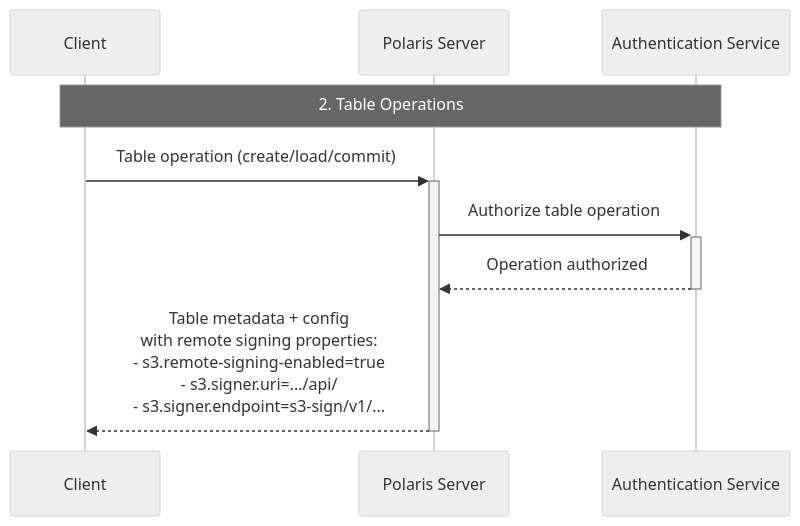
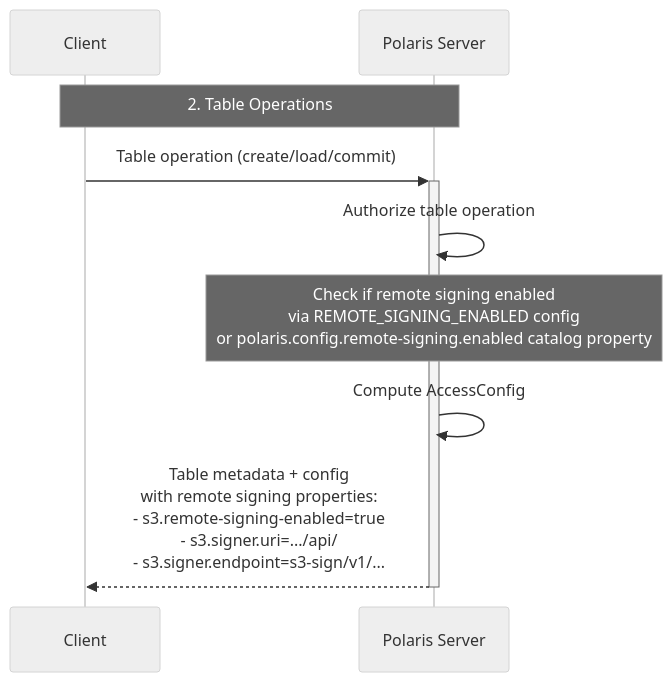
One commit to adutra/polaris changed the second of 4 diagrams in s3-remote-signing-sequence-diagram.md. Above: the diagram before and after it, drawn with Mermaid (neutral theme). The commit also changed other lines of this file, not shown here.

Commit message:
sequence diagram

````diff
--- a/s3-remote-signing-sequence-diagram.md
+++ b/s3-remote-signing-sequence-diagram.md
@@ -53,13 +50,16 @@
 ```mermaid
 sequenceDiagram
     participant Client
     participant PolarisServer as Polaris Server
-    participant AuthService as Authentication Service
 
-    Note over Client, AuthService: 2. Table Operations
+    Note over Client, PolarisServer: 2. Table Operations
     Client->>+PolarisServer: Table operation (create/load/commit)
-    PolarisServer->>+AuthService: Authorize table operation
-    AuthService-->>-PolarisServer: Operation authorized
+    PolarisServer->>PolarisServer: Authorize table operation
+
+    Note over PolarisServer: Check if remote signing enabled<br/>via REMOTE_SIGNING_ENABLED config<br/>or polaris.config.remote-signing.enabled catalog property
+
+    PolarisServer->>PolarisServer: Compute AccessConfig
+    
     PolarisServer-->>-Client: Table metadata + config<br/>with remote signing properties:<br/>- s3.remote-signing-enabled=true<br/>- s3.signer.uri=.../api/<br/>- s3.signer.endpoint=s3-sign/v1/...
 
 ```
````
